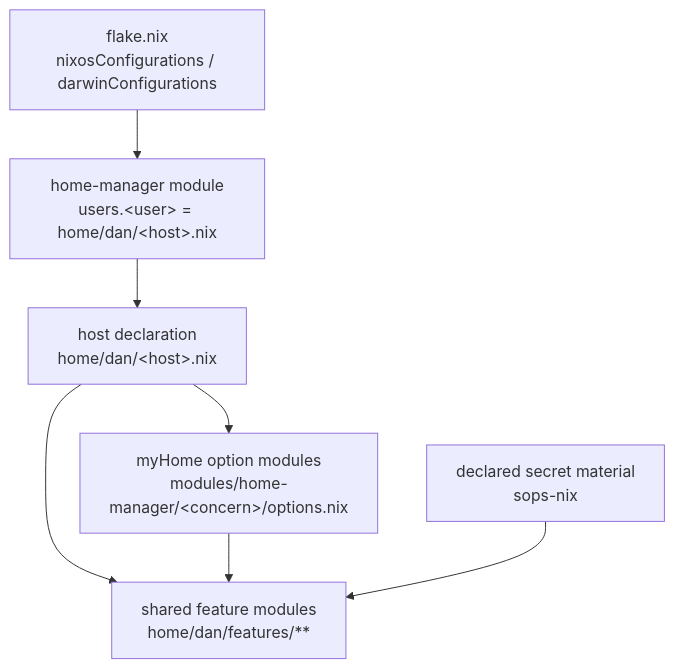
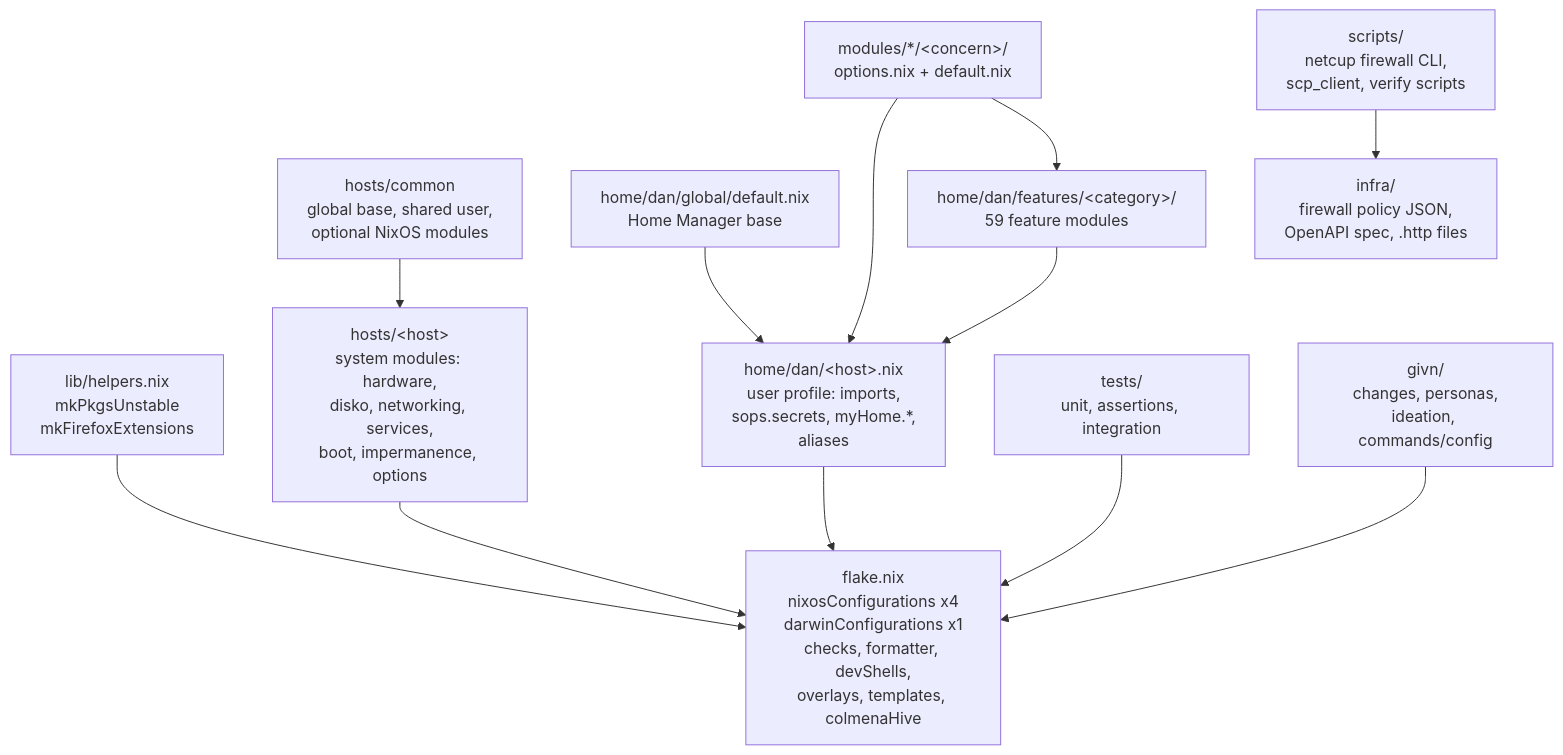
Before and after one commit to kressnerd/nix-config: the diagram in docs/arc42/05-building-block-view.md, drawn with Mermaid. The commit also changed other lines of this file and 13 other files, not shown here.

````diff
--- a/docs/arc42/05-building-block-view.md
+++ b/docs/arc42/05-building-block-view.md
@@ -9,16 +9,27 @@
 ```mermaid
 flowchart TB
-  flake["flake.nix<br/>nixosConfigurations / darwinConfigurations"]
-  hm["home-manager module<br/>users.&lt;user&gt; = home/dan/&lt;host&gt;.nix"]
-  host["host declaration<br/>home/dan/&lt;host&gt;.nix"]
-  opts["myHome option modules<br/>modules/home-manager/&lt;concern&gt;/options.nix"]
-  feats["shared feature modules<br/>home/dan/features/**"]
-  sopsmod["declared secret material<br/>sops-nix"]
+  flake["flake.nix<br/>nixosConfigurations x4<br/>darwinConfigurations x1<br/>checks, formatter, devShells,<br/>overlays, templates, colmenaHive"]
+  lib["lib/helpers.nix<br/>mkPkgsUnstable<br/>mkFirefoxExtensions"]
+  common["hosts/common<br/>global base, shared user,<br/>optional NixOS modules"]
+  hostmods["hosts/&lt;host&gt;<br/>system modules: hardware,<br/>disko, networking, services,<br/>boot, impermanence, options"]
+  hmprof["home/dan/&lt;host&gt;.nix<br/>user profile: imports,<br/>sops.secrets, myHome.*,<br/>aliases"]
+  hmglobal["home/dan/global/default.nix<br/>Home Manager base"]
+  optmods["modules/*/&lt;concern&gt;/<br/>options.nix + default.nix"]
+  feats["home/dan/features/&lt;category&gt;/<br/>59 feature modules"]
+  scripts["scripts/<br/>netcup firewall CLI,<br/>scp_client, verify scripts"]
+  infra["infra/<br/>firewall policy JSON,<br/>OpenAPI spec, .http files"]
+  tests["tests/<br/>unit, assertions, integration"]
+  givnspec["givn/<br/>changes, personas,<br/>ideation, commands/config"]
 
-  flake --> hm
-  hm --> host
-  host --> opts
-  host --> feats
-  opts --> feats
-  sopsmod --> feats
+  lib --> flake
+  common --> hostmods
+  hostmods --> flake
+  optmods --> hmprof
+  optmods --> feats
+  hmglobal --> hmprof
+  feats --> hmprof
+  hmprof --> flake
+  tests --> flake
+  scripts --> infra
+  givnspec --> flake
 ```
````
